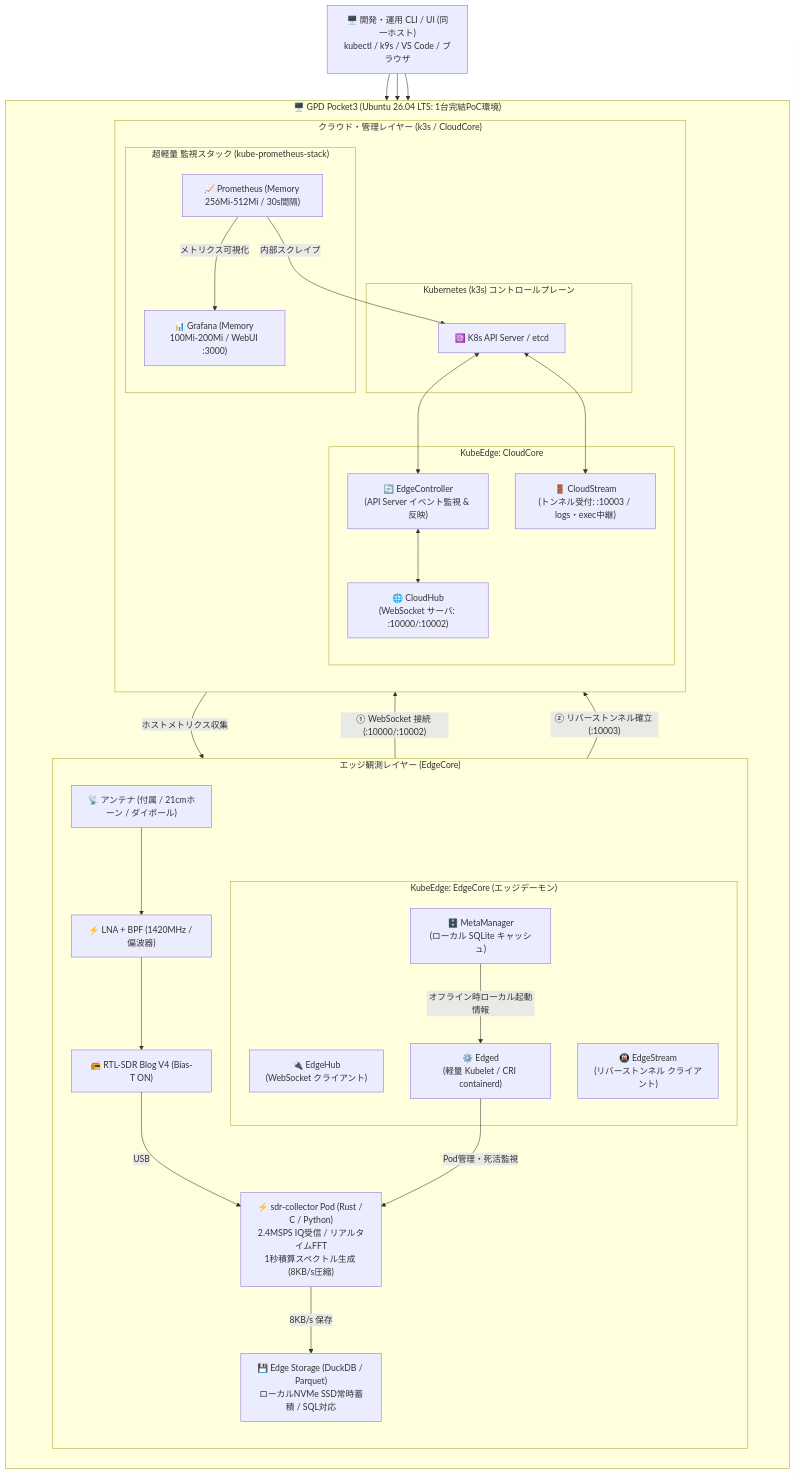
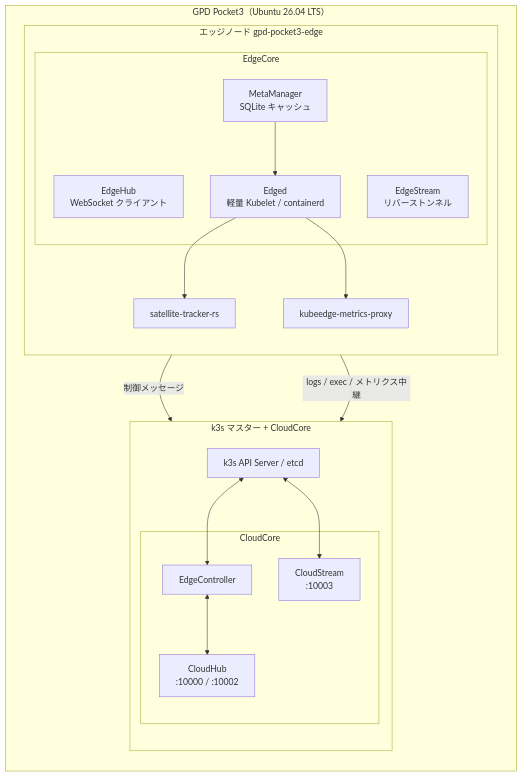
One commit to tozastation/radio-astronomy changed the first of 2 diagrams in docs/03_system_architecture.md. Above: the diagram before and after it, drawn with Mermaid. The commit also changed other lines of this file and 3 other files, not shown here.

Commit message:
docs: 現行の KubeEdge 衛星観測パイプラインに構成図を更新

````diff
--- a/docs/03_system_architecture.md
+++ b/docs/03_system_architecture.md
@@ -11,64 +15,37 @@
 ```mermaid
 flowchart TB
-    subgraph HostBox["🖥️ GPD Pocket3 (Ubuntu 26.04 LTS: 1台完結PoC環境)"]
+    subgraph Host["GPD Pocket3（Ubuntu 26.04 LTS）"]
         direction TB
 
-        subgraph EdgeArea["エッジ観測レイヤー (EdgeCore)"]
+        subgraph EdgeArea["エッジノード gpd-pocket3-edge"]
             direction TB
-            Antenna["📡 アンテナ (付属 / 21cmホーン / ダイポール)"]
-            LNA["⚡ LNA + BPF (1420MHz / 偏波器)"]
-            RTLSDR["📻 RTL-SDR Blog V4 (Bias-T ON)"]
-
-            subgraph EdgeCoreBox["KubeEdge: EdgeCore (エッジデーモン)"]
-                EdgeHub["🔌 EdgeHub<br/>(WebSocket クライアント)"]
-                EdgeStream["🚇 EdgeStream<br/>(リバーストンネル クライアント)"]
-                MetaManager["🗄️ MetaManager<br/>(ローカル SQLite キャッシュ)"]
-                Edged["⚙️ Edged<br/>(軽量 Kubelet / CRI containerd)"]
+            subgraph EdgeCoreBox["EdgeCore"]
+                EdgeHub["EdgeHub<br/>WebSocket クライアント"]
+                EdgeStream["EdgeStream<br/>リバーストンネル"]
+                MetaManager["MetaManager<br/>SQLite キャッシュ"]
+                Edged["Edged<br/>軽量 Kubelet / containerd"]
             end
-
-            SDR_Pod["⚡ sdr-collector Pod (Rust / C / Python)<br/>2.4MSPS IQ受信 / リアルタイムFFT<br/>1秒積算スペクトル生成 (8KB/s圧縮)"]
-            EdgeDB["💾 Edge Storage (DuckDB / Parquet)<br/>ローカルNVMe SSD常時蓄積 / SQL対応"]
-
-            Antenna --> LNA --> RTLSDR -->|USB| SDR_Pod
-            SDR_Pod -->|"8KB/s 保存"| EdgeDB
-            Edged -->|"Pod管理・死活監視"| SDR_Pod
-            MetaManager -->|"オフライン時ローカル起動情報"| Edged
+            Tracker["satellite-tracker-rs"]
+            Proxy["kubeedge-metrics-proxy"]
+            Edged --> Tracker
+            Edged --> Proxy
+            MetaManager --> Edged
         end
 
-        subgraph CloudArea["クラウド・管理レイヤー (k3s / CloudCore)"]
+        subgraph CloudArea["k3s マスター + CloudCore"]
             direction TB
-            
-            subgraph K8sControl["Kubernetes (k3s) コントロールプレーン"]
-                APIServer["☸️ K8s API Server / etcd"]
+            APIServer["k3s API Server / etcd"]
+            subgraph CloudCoreBox["CloudCore"]
+                EdgeController["EdgeController"]
+                CloudHub["CloudHub<br/>:10000 / :10002"]
+                CloudStream["CloudStream<br/>:10003"]
             end
-
-            subgraph CloudCoreBox["KubeEdge: CloudCore"]
-                EdgeController["🔄 EdgeController<br/>(API Server イベント監視 & 反映)"]
-                CloudHub["🌐 CloudHub<br/>(WebSocket サーバ: :10000/:10002)"]
-                CloudStream["🚪 CloudStream<br/>(トンネル受付: :10003 / logs・exec中継)"]
-            end
-
             APIServer <--> EdgeController
             EdgeController <--> CloudHub
             APIServer <--> CloudStream
-
-            subgraph MonitoringStack["超軽量 監視スタック (kube-prometheus-stack)"]
-                Prometheus["📈 Prometheus (Memory 256Mi-512Mi / 30s間隔)"]
-                Grafana["📊 Grafana (Memory 100Mi-200Mi / WebUI :3000)"]
-            end
-
-            Prometheus -->|"メトリクス可視化"| Grafana
-            Prometheus -->|"内部スクレイプ"| APIServer
-            Prometheus -->|"ホストメトリクス収集"| Edged
         end
 
-        %% ホスト内相互通信
-        EdgeHub -->|"① WebSocket 接続 (:10000/:10002)"| CloudHub
-        EdgeStream -->|"② リバーストンネル確立 (:10003)"| CloudStream
+        EdgeHub -->|"制御メッセージ"| CloudHub
+        EdgeStream -->|"logs / exec / メトリクス中継"| CloudStream
     end
-
-    DevCLI["🖥️ 開発・運用 CLI / UI (同一ホスト)<br/>kubectl / k9s / VS Code / ブラウザ"]
-    DevCLI --> APIServer
-    DevCLI --> Grafana
-    DevCLI --> EdgeDB
 ```
````
